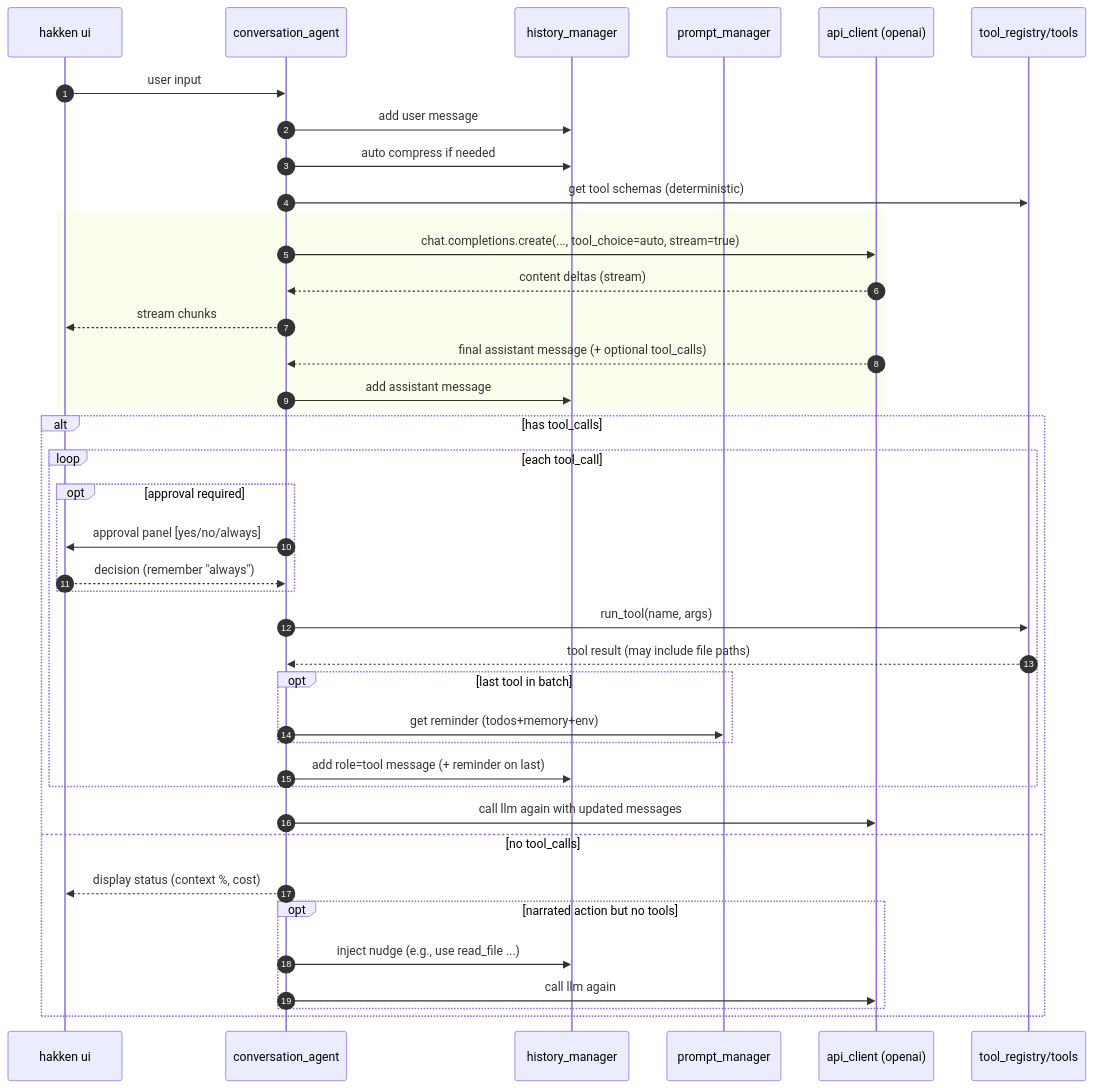
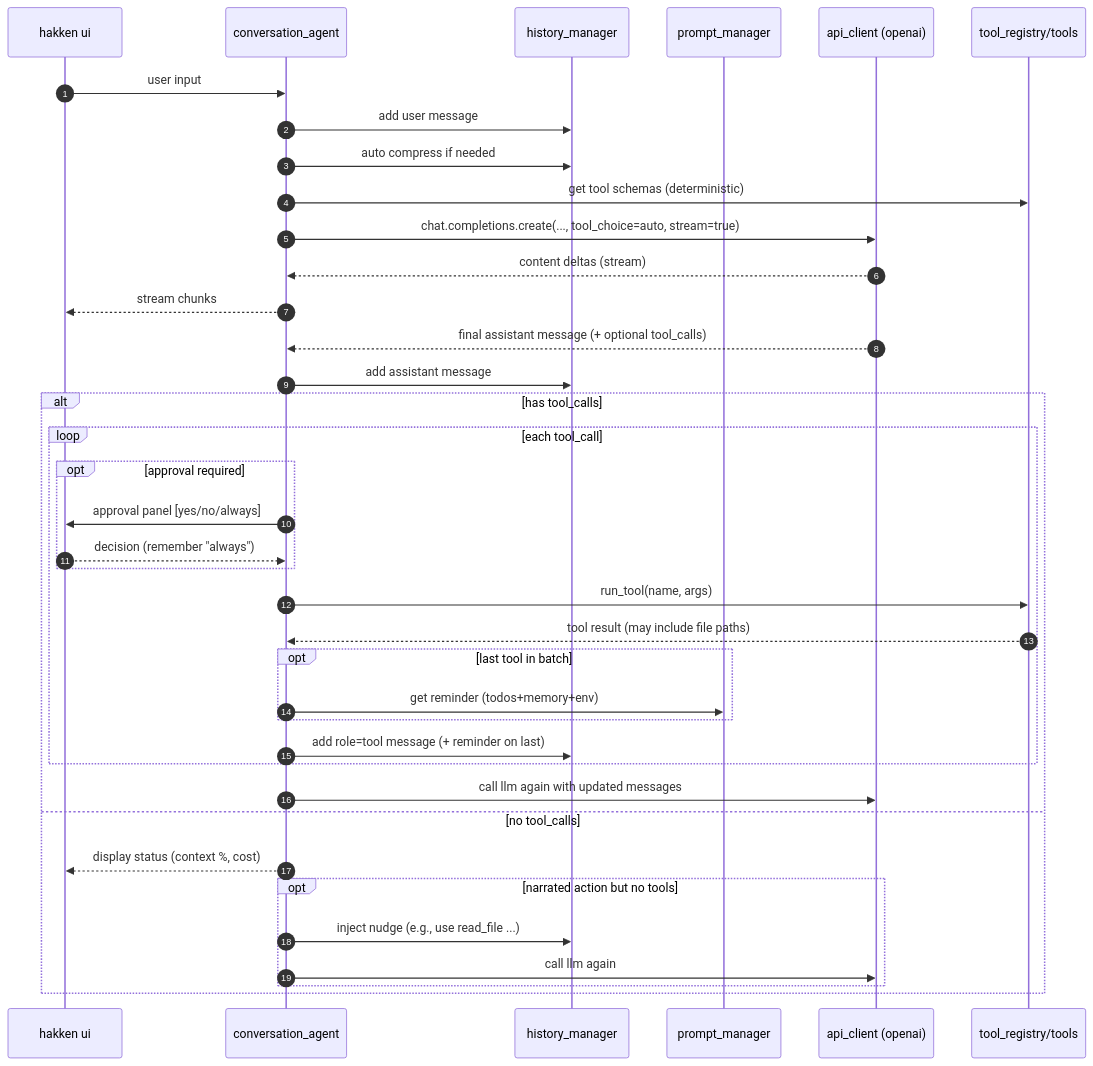
The diagram in README.md (saurabhaloneai/Hakken), drawn with Mermaid before and after one commit.

````diff
--- a/README.md
+++ b/README.md
@@ -28,43 +28,41 @@
 ```mermaid
 sequenceDiagram
     autonumber
     participant UI as hakken ui
     participant AG as conversation_agent
     participant HI as history_manager
     participant PM as prompt_manager
     participant AC as api_client (openai)
     participant TR as tool_registry/tools
 
     UI->>AG: user input
     AG->>HI: add user message
     AG->>HI: auto compress if needed
     AG->>TR: get tool schemas (deterministic)
-    rect #F0F8FF
-      AG->>AC: chat.completions.create(..., tool_choice=auto, stream=true)
-      AC-->>AG: content deltas (stream)
-      AG-->>UI: stream chunks
-      AC-->>AG: final assistant message (+ optional tool_calls)
-      AG->>HI: add assistant message
-    end
+    AG->>AC: chat.completions.create(..., tool_choice=auto, stream=true)
+    AC-->>AG: content deltas (stream)
+    AG-->>UI: stream chunks
+    AC-->>AG: final assistant message (+ optional tool_calls)
+    AG->>HI: add assistant message
     alt has tool_calls
       loop each tool_call
         opt approval required
           AG->>UI: approval panel [yes/no/always]
           UI-->>AG: decision (remember "always")
         end
         AG->>TR: run_tool(name, args)
         TR-->>AG: tool result (may include file paths)
         opt last tool in batch
           AG->>PM: get reminder (todos+memory+env)
         end
         AG->>HI: add role=tool message (+ reminder on last)
       end
       AG->>AC: call llm again with updated messages
     else no tool_calls
       AG-->>UI: display status (context %, cost)
       opt narrated action but no tools
         AG->>HI: inject nudge (e.g., use read_file ...)
         AG->>AC: call llm again
       end
     end
 ```
````
